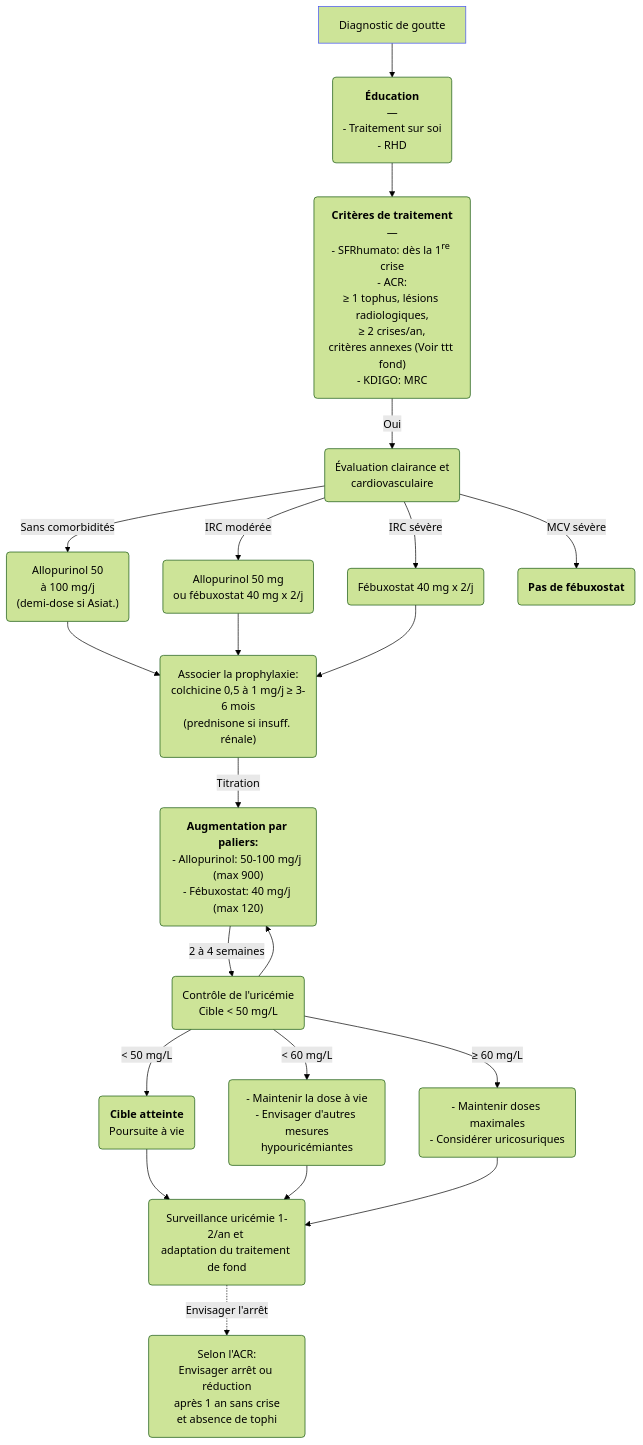
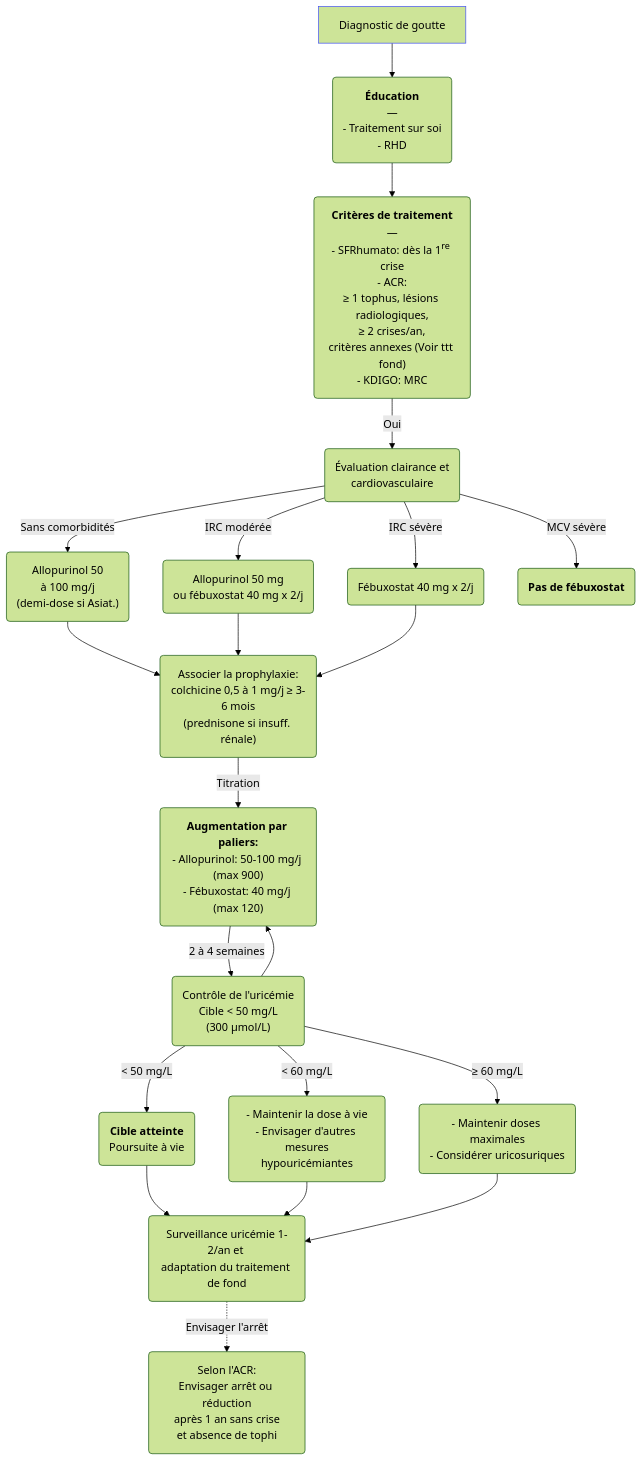
The second of 2 diagrams in content/recommandations/goutte.md (djibe/recommandations-medicales), drawn with Mermaid (forest theme) before and after one commit. The commit also changed other lines of this file and 4 other files, not shown here.

```diff
--- a/content/recommandations/goutte.md
+++ b/content/recommandations/goutte.md
@@ -375,16 +375,16 @@
 {{< mermaid title="Conduite à tenir pour le traitement hypouricémiant de fond du patient goutteux. Dr JB Fron d'après SFR et ACR 2020" >}}
 graph TB
-  diagnostic[Diagnostic de goutte] --> education("<b>Éducation</b><br>—<br>- Traitement sur soi<br>- RHD") --> criteres("<b>Critères de traitement</b><br>—<br>- SFRhumato: dès la 1<sup>re</sup> crise<br>- ACR:<br>≥ 1 tophus, lésions radiologiques,<br>≥ 2 crises/an,<br>critères annexes (Voir ttt fond)<br>- KDIGO: MRC")
+  diagnostic[Diagnostic de goutte] --> education("<b>Éducation</b><br>—<br>- Traitement sur soi<br>- RHD") --> critères("<b>Critères de traitement</b><br>—<br>- SFRhumato: dès la 1<sup>re</sup> crise<br>- ACR:<br>≥ 1 tophus, lésions radiologiques,<br>≥ 2 crises/an,<br>critères annexes (Voir ttt fond)<br>- KDIGO: MRC")
   style diagnostic stroke:#4150f5, stroke-width:1px
-    criteres -- Oui --> clairance(Évaluation clairance et<br>cardiovasculaire)
+    critères -- Oui --> clairance(Évaluation clairance et<br>cardiovasculaire)
       clairance -- Sans comorbidités --> allopurinol("Allopurinol 50<br>à 100 mg/j<br>(demi-dose si Asiat.)") --> prophylaxie("Associer la prophylaxie:<br>colchicine 0,5 à 1 mg/j ≥ 3-6 mois<br>(prednisone si insuff. rénale)")
       clairance -- IRC modérée --> ircmoderee(Allopurinol 50 mg<br>ou fébuxostat 40 mg x 2/j) --> prophylaxie
       clairance -- IRC sévère --> ircsevere(Fébuxostat 40 mg x 2/j) --> prophylaxie
       clairance -- MCV sévère --> mcv(<b>Pas de fébuxostat</b>)
         prophylaxie -- Titration --> titration("<b>Augmentation par paliers:</b><br>- Allopurinol: 50-100 mg/j (max 900)<br>- Fébuxostat: 40 mg/j (max 120)")
-          titration -- 2 à 4 semaines --> uricemie(Contrôle de l'uricémie<br>Cible &lt; 50 mg/L) --> titration
-            uricemie -- "&lt; 50 mg/L" --> cible(<b>Cible atteinte</b><br>Poursuite à vie) --> surv("Surveillance uricémie 1-2/an et <br>adaptation du traitement de fond")
+          titration -- 2 à 4 semaines --> uricémie("Contrôle de l'uricémie<br>Cible &lt; 50 mg/L<br>(300 µmol/L)") --> titration
+            uricémie -- "&lt; 50 mg/L" --> cible(<b>Cible atteinte</b><br>Poursuite à vie) --> surv("Surveillance uricémie 1-2/an et <br>adaptation du traitement de fond")
               surv -. Envisager l'arrêt .-> arret("Selon l'ACR:<br>Envisager arrêt ou réduction<br>après 1 an sans crise<br>et absence de tophi")
-            uricemie -- "&lt; 60 mg/L" --> presque("- Maintenir la dose à vie<br>- Envisager d'autres mesures<br>hypouricémiantes") --> surv
-            uricemie -- "≥ 60 mg/L" --> hors("- Maintenir doses maximales<br>- Considérer uricosuriques") --> surv
+            uricémie -- "&lt; 60 mg/L" --> presque("- Maintenir la dose à vie<br>- Envisager d'autres mesures<br>hypouricémiantes") --> surv
+            uricémie -- "≥ 60 mg/L" --> hors("- Maintenir doses maximales<br>- Considérer uricosuriques") --> surv
 {{< /mermaid >}}
```
